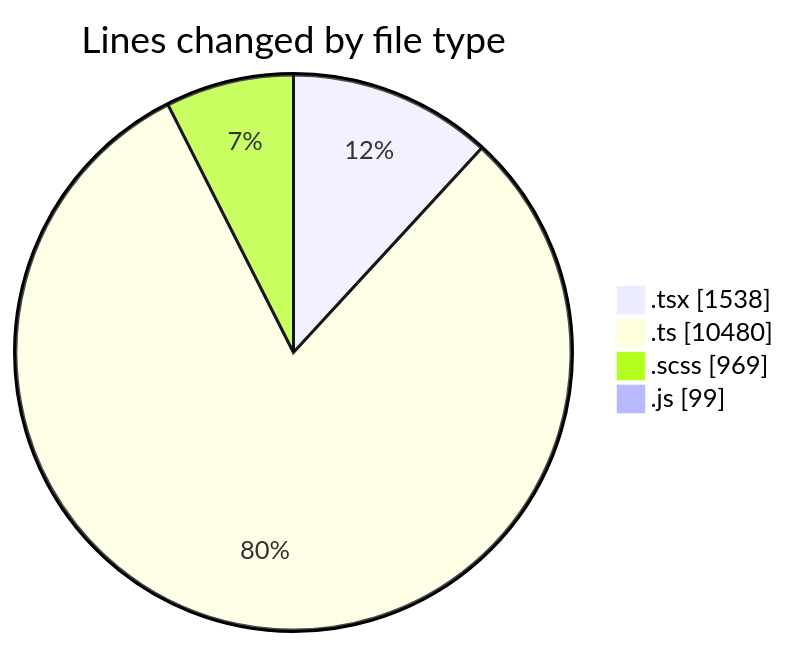
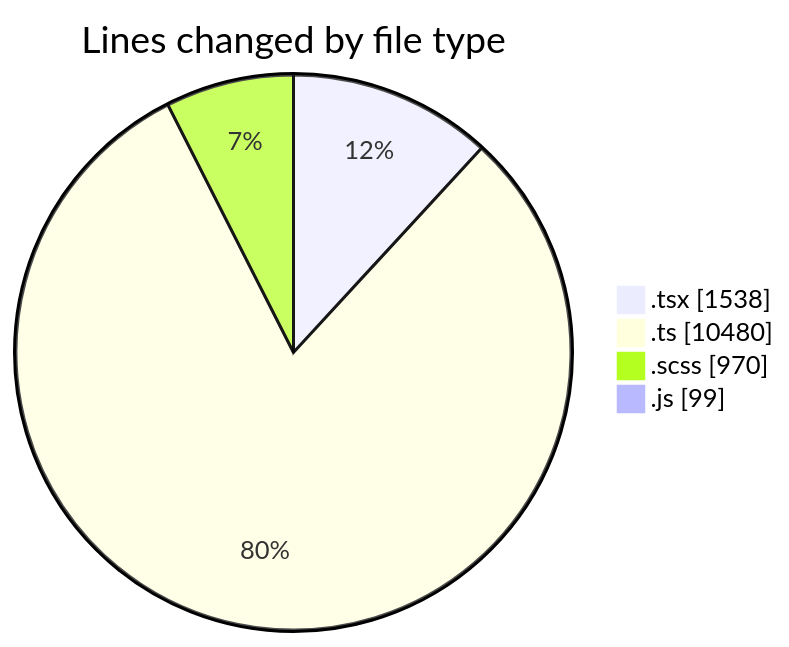
One commit to momahboobian/code-tracking changed the first of 2 diagrams in 2025-03-26/cda/README.md. Above: the diagram before and after it, drawn with Mermaid. The commit also changed other lines of this file and 1 other file, not shown here.

````diff
--- a/2025-03-26/cda/README.md
+++ b/2025-03-26/cda/README.md
@@ -44,8 +44,8 @@
 ```mermaid
 pie showData
 title Lines changed by file type
 ".tsx" : 1538
 ".ts" : 10480
-".scss" : 969
+".scss" : 970
 ".js" : 99
 ```
````
